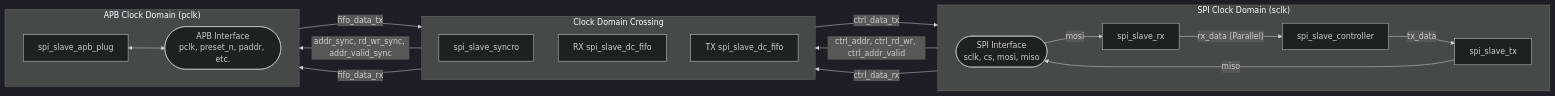
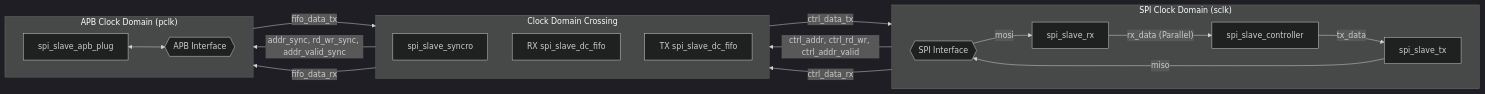
Before and after one commit to ceccott/apb_spi_slave: the first of 2 diagrams in README.md, drawn with Mermaid (dark theme).

Commit message:
fixing shapes in diagram

````diff
--- a/README.md
+++ b/README.md
@@ -14,40 +14,40 @@
 ```mermaid
 graph LR
     subgraph "SPI Clock Domain (sclk)"
         direction LR
-        SPI_IF([SPI Interface\nsclk, cs, mosi, miso])
+        SPI_IF{{SPI Interface}}
 
         RX[spi_slave_rx]
         TX[spi_slave_tx]
         CTRL[spi_slave_controller]
 
         SPI_IF -- mosi --> RX
         TX -- miso --> SPI_IF
         RX -- "rx_data (Parallel)" --> CTRL
         CTRL -- tx_data --> TX
     end
 
     subgraph "Clock Domain Crossing"
         direction TB
         SYNC[spi_slave_syncro]
         RX_FIFO[RX spi_slave_dc_fifo]
         TX_FIFO[TX spi_slave_dc_fifo]
     end
 
     subgraph "APB Clock Domain (pclk)"
         direction LR
         PLUG[spi_slave_apb_plug]
-        APB_IF([APB Interface\npclk, preset_n, paddr, etc.])
+        APB_IF{{APB Interface}}
 
         PLUG <--> APB_IF
     end
 
     %% Connections between domains
     CTRL -- "ctrl_addr, ctrl_rd_wr, ctrl_addr_valid" --> SYNC
     CTRL -- ctrl_data_rx --> RX_FIFO
     TX_FIFO -- ctrl_data_tx --> CTRL
 
     SYNC -- "addr_sync, rd_wr_sync, addr_valid_sync" --> PLUG
     RX_FIFO -- fifo_data_rx --> PLUG
     PLUG -- fifo_data_tx --> TX_FIFO
 ```
````
